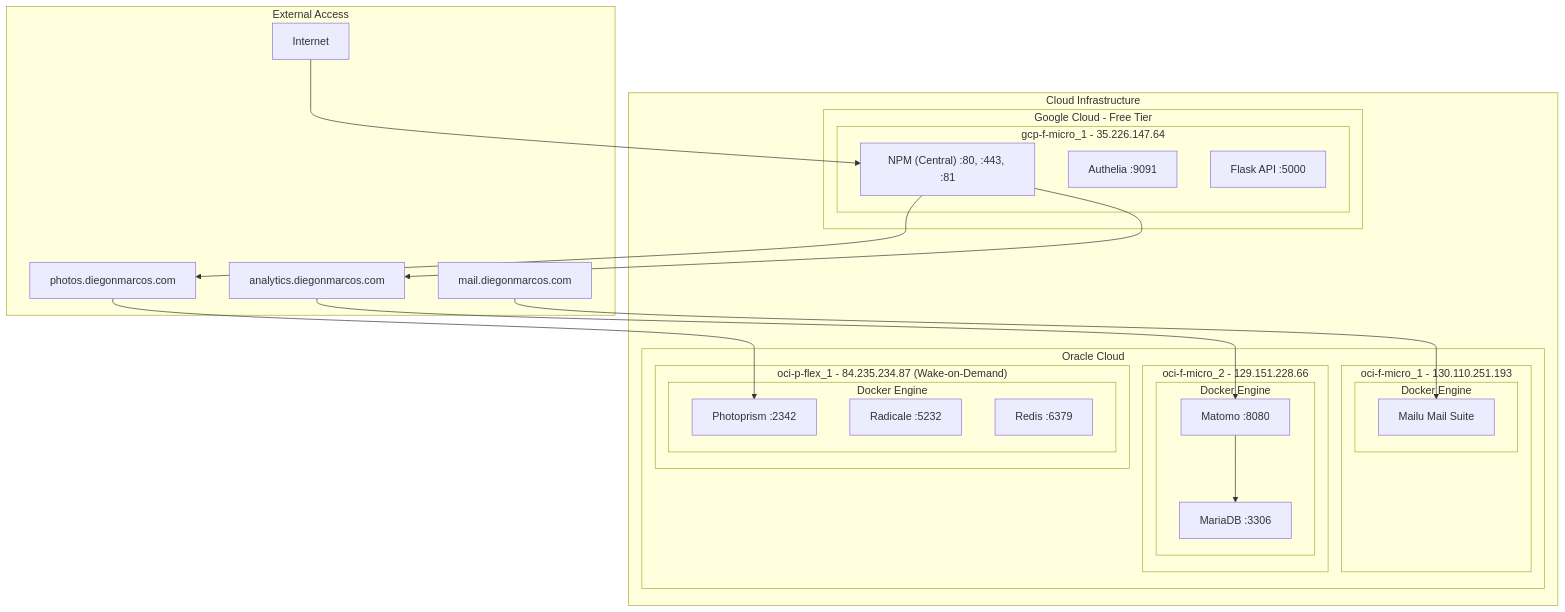
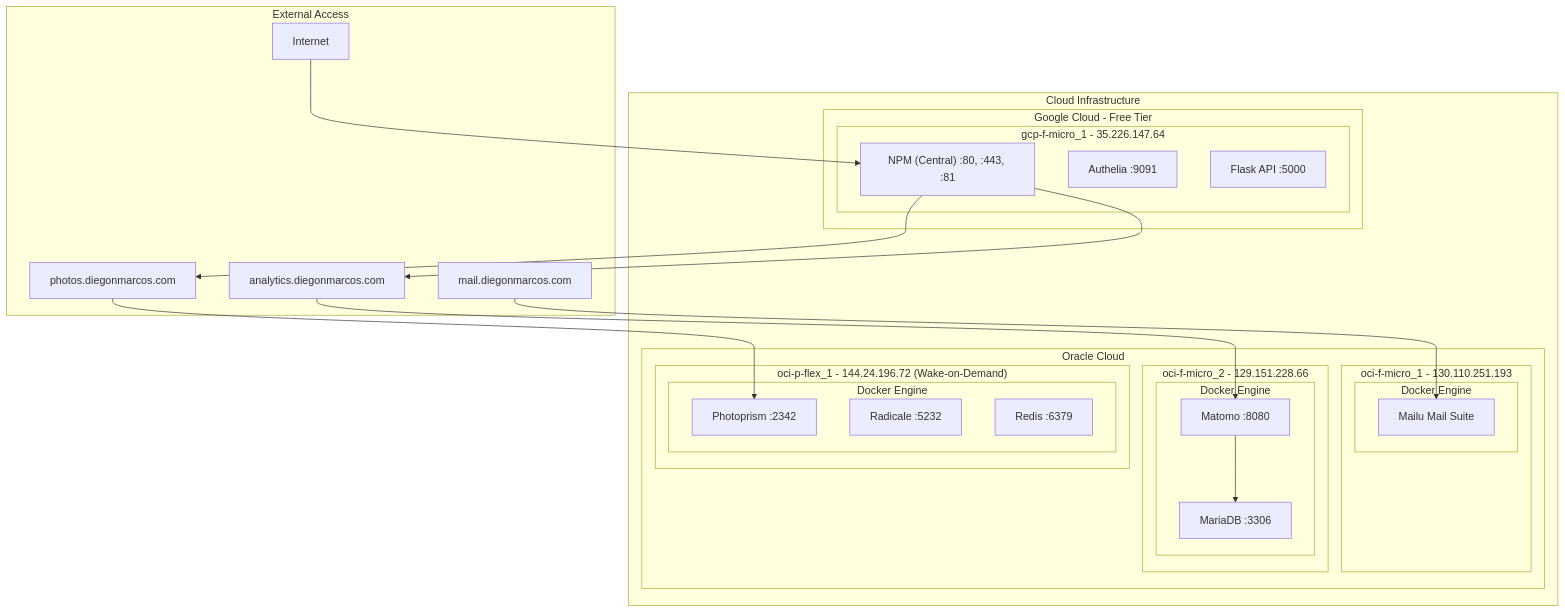
Before and after one commit to diegonmarcos/cloud-infra: the first of 2 diagrams in 1.ops/Cloud-spec.md, drawn with Mermaid. The commit also changed other lines of this file and 26 other files, not shown here.

````diff
--- a/1.ops/Cloud-spec.md
+++ b/1.ops/Cloud-spec.md
@@ -2263,50 +2263,50 @@
 ```mermaid
 graph TD
     subgraph CLOUD["Cloud Infrastructure"]
 
         subgraph ORACLE["Oracle Cloud"]
             subgraph MAIL_VM["oci-f-micro_1 - 130.110.251.193"]
                 subgraph DOCKER1["Docker Engine"]
                     MAILU["Mailu Mail Suite"]
                 end
             end
             subgraph ANALYTICS_VM["oci-f-micro_2 - 129.151.228.66"]
                 subgraph DOCKER2["Docker Engine"]
                     MATOMO["Matomo :8080"]
                     MARIADB["MariaDB :3306"]
                 end
             end
-            subgraph DEV_VM["oci-p-flex_1 - 84.235.234.87 (Wake-on-Demand)"]
+            subgraph DEV_VM["oci-p-flex_1 - 144.24.196.72 (Wake-on-Demand)"]
                 subgraph DOCKER3["Docker Engine"]
                     PHOTOPRISM["Photoprism :2342"]
                     RADICALE["Radicale :5232"]
                     REDIS["Redis :6379"]
                 end
             end
         end
 
         subgraph GCLOUD["Google Cloud - Free Tier"]
             subgraph PROXY_VM["gcp-f-micro_1 - 35.226.147.64"]
                 NPM["NPM (Central) :80, :443, :81"]
                 AUTHELIA["Authelia :9091"]
                 FLASK["Flask API :5000"]
             end
         end
 
     end
 
     subgraph EXTERNAL["External Access"]
         INTERNET["Internet"]
         ANALYTICS["analytics.diegonmarcos.com"]
         PHOTOS["photos.diegonmarcos.com"]
         MAILDOM["mail.diegonmarcos.com"]
     end
 
     INTERNET --> NPM
     NPM --> ANALYTICS
     NPM --> PHOTOS
     ANALYTICS --> MATOMO
     PHOTOS --> PHOTOPRISM
     MAILDOM --> MAILU
     MATOMO --> MARIADB
 ```
````
